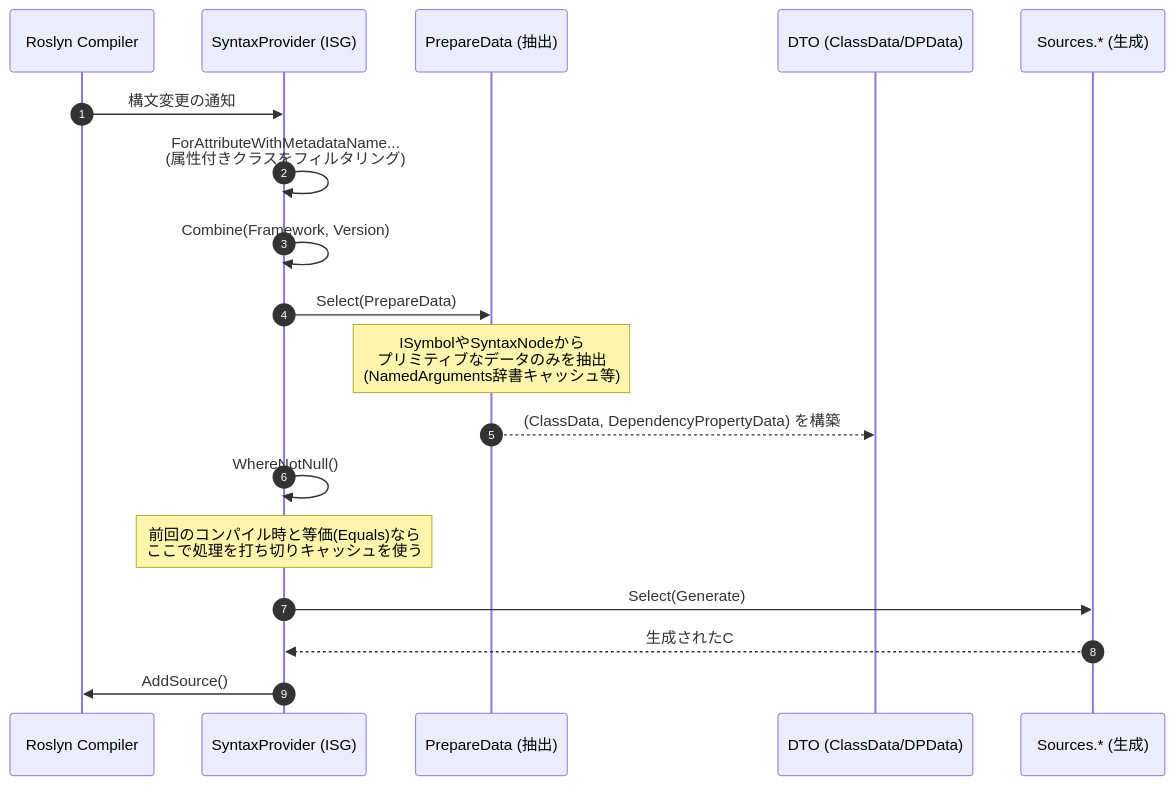
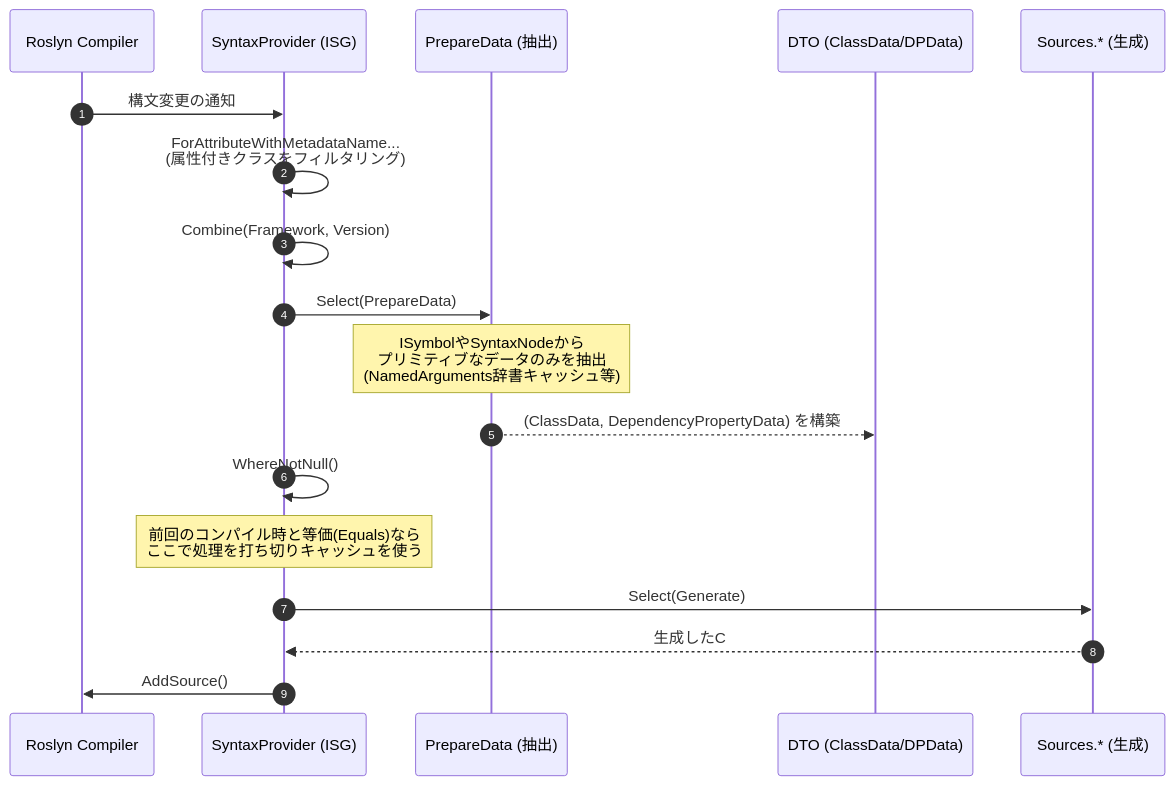
Before and after one commit to kassyi/DependencyPropertyGenerator: the diagram in spec/ja/02_pipeline_architecture.md, drawn with Mermaid. The commit also changed other lines of this file and 14 other files, not shown here.

````diff
--- a/spec/ja/02_pipeline_architecture.md
+++ b/spec/ja/02_pipeline_architecture.md
@@ -11,21 +11,21 @@
 ```mermaid
 sequenceDiagram
     autonumber
     participant Compiler as Roslyn Compiler
     participant SP as SyntaxProvider (ISG)
     participant Prepare as PrepareData (抽出)
     participant Model as DTO (ClassData/DPData)
     participant Source as Sources.* (生成)
     
     Compiler->>SP: 構文変更の通知
     SP->>SP: ForAttributeWithMetadataName...<br/>(属性付きクラスをフィルタリング)
     SP->>SP: Combine(Framework, Version)
     SP->>Prepare: Select(PrepareData)
     Note over Prepare: ISymbolやSyntaxNodeから<br/>プリミティブなデータのみを抽出<br/>(NamedArguments辞書キャッシュ等)
     Prepare-->>Model: (ClassData, DependencyPropertyData) を構築
     SP->>SP: WhereNotNull()
     Note over SP: 前回のコンパイル時と等価(Equals)なら<br/>ここで処理を打ち切りキャッシュを使う
     SP->>Source: Select(Generate)
-    Source-->>SP: 生成されたC#ソース文字列
+    Source-->>SP: 生成したC#ソース文字列
     SP->>Compiler: AddSource()
 ```
````
